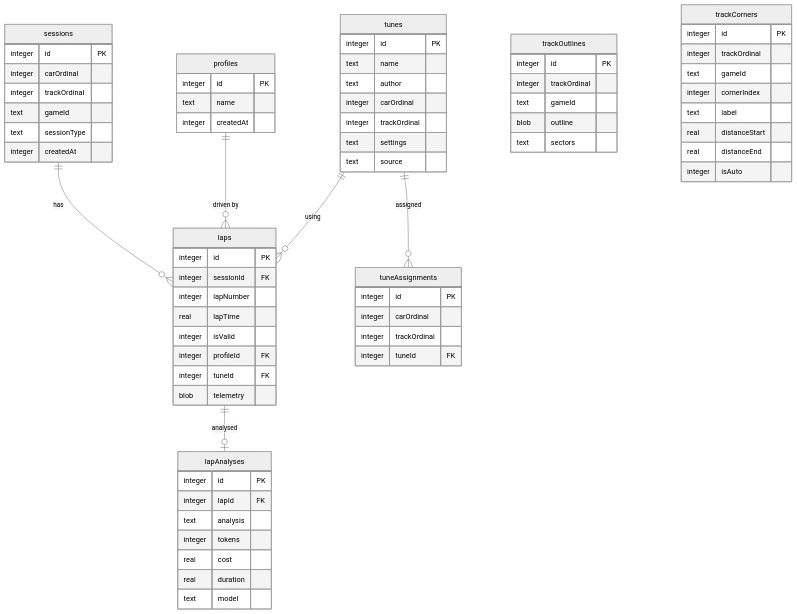
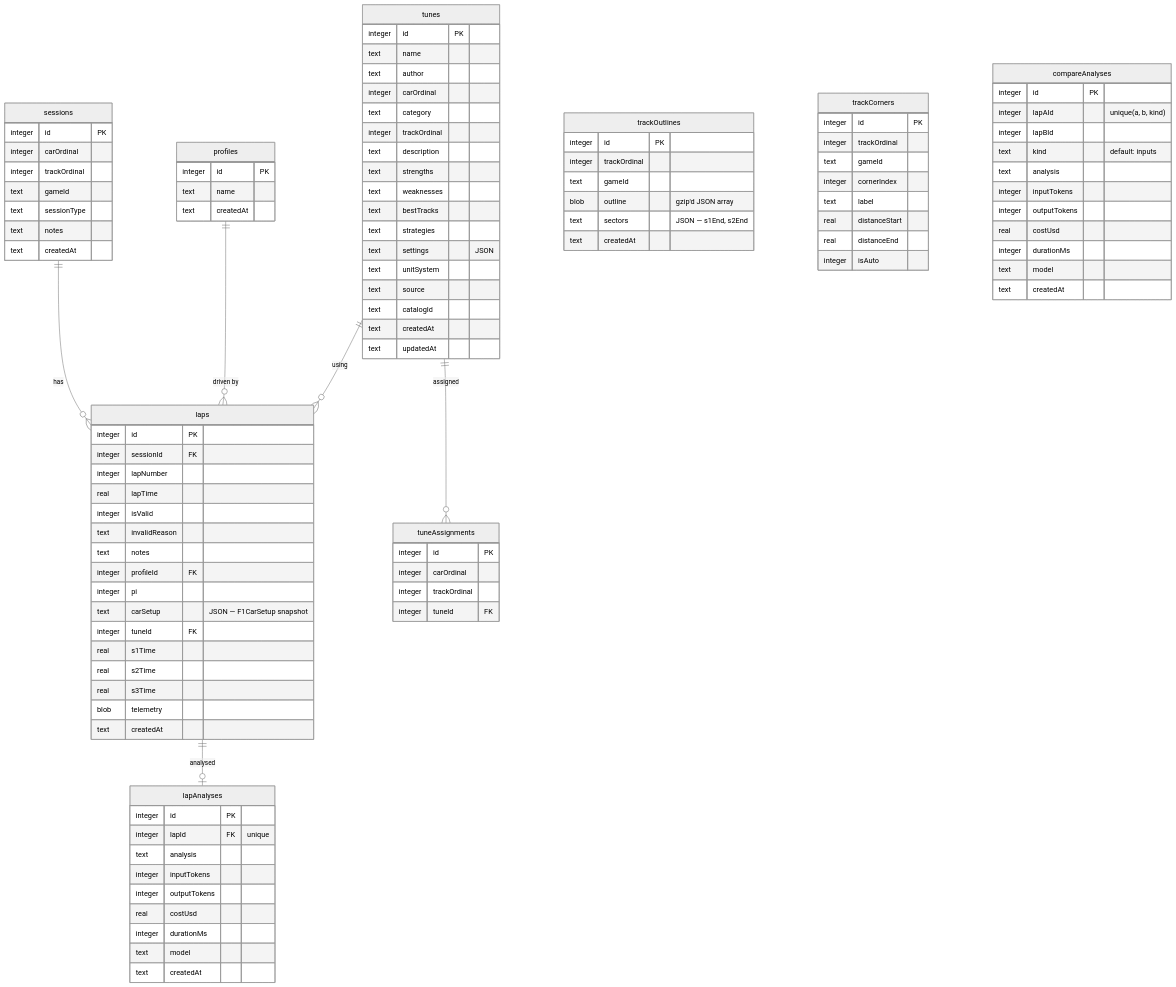
Before and after one commit to calebklc/RaceIQ: the sixth of 12 diagrams in ARCHITECTURE.md, drawn with Mermaid (neutral theme). The commit also changed other lines of this file, not shown here.

```diff
--- a/ARCHITECTURE.md
+++ b/ARCHITECTURE.md
@@ -181,7 +362,7 @@
     profiles {
         integer id PK
         text name
-        integer createdAt
+        text createdAt
     }
 
     sessions {
@@ -190,7 +371,8 @@
         integer trackOrdinal
         text gameId
         text sessionType
-        integer createdAt
+        text notes
+        text createdAt
     }
 
     laps {
@@ -199,9 +381,17 @@
         integer lapNumber
         real lapTime
         integer isValid
+        text invalidReason
+        text notes
         integer profileId FK
+        integer pi
+        text carSetup "JSON — F1CarSetup snapshot"
         integer tuneId FK
+        real s1Time
+        real s2Time
+        real s3Time
         blob telemetry
+        text createdAt
     }
 
     tunes {
@@ -209,9 +399,19 @@
         text name
         text author
         integer carOrdinal
+        text category
         integer trackOrdinal
-        text settings
+        text description
+        text strengths
+        text weaknesses
+        text bestTracks
+        text strategies
+        text settings "JSON"
+        text unitSystem
         text source
+        text catalogId
+        text createdAt
+        text updatedAt
     }
 
     tuneAssignments {
@@ -225,8 +425,9 @@
         integer id PK
         integer trackOrdinal
         text gameId
-        blob outline
-        text sectors
+        blob outline "gzip'd JSON array"
+        text sectors "JSON — s1End, s2End"
+        text createdAt
     }
 
     trackCorners {
@@ -242,12 +443,28 @@
 
     lapAnalyses {
         integer id PK
-        integer lapId FK
+        integer lapId FK "unique"
         text analysis
-        integer tokens
-        real cost
-        real duration
+        integer inputTokens
+        integer outputTokens
+        real costUsd
+        integer durationMs
         text model
+        text createdAt
+    }
+
+    compareAnalyses {
+        integer id PK
+        integer lapAId "unique(a, b, kind)"
+        integer lapBId
+        text kind "default: inputs"
+        text analysis
+        integer inputTokens
+        integer outputTokens
+        real costUsd
+        integer durationMs
+        text model
+        text createdAt
     }
 
     sessions ||--o{ laps : "has"
```
